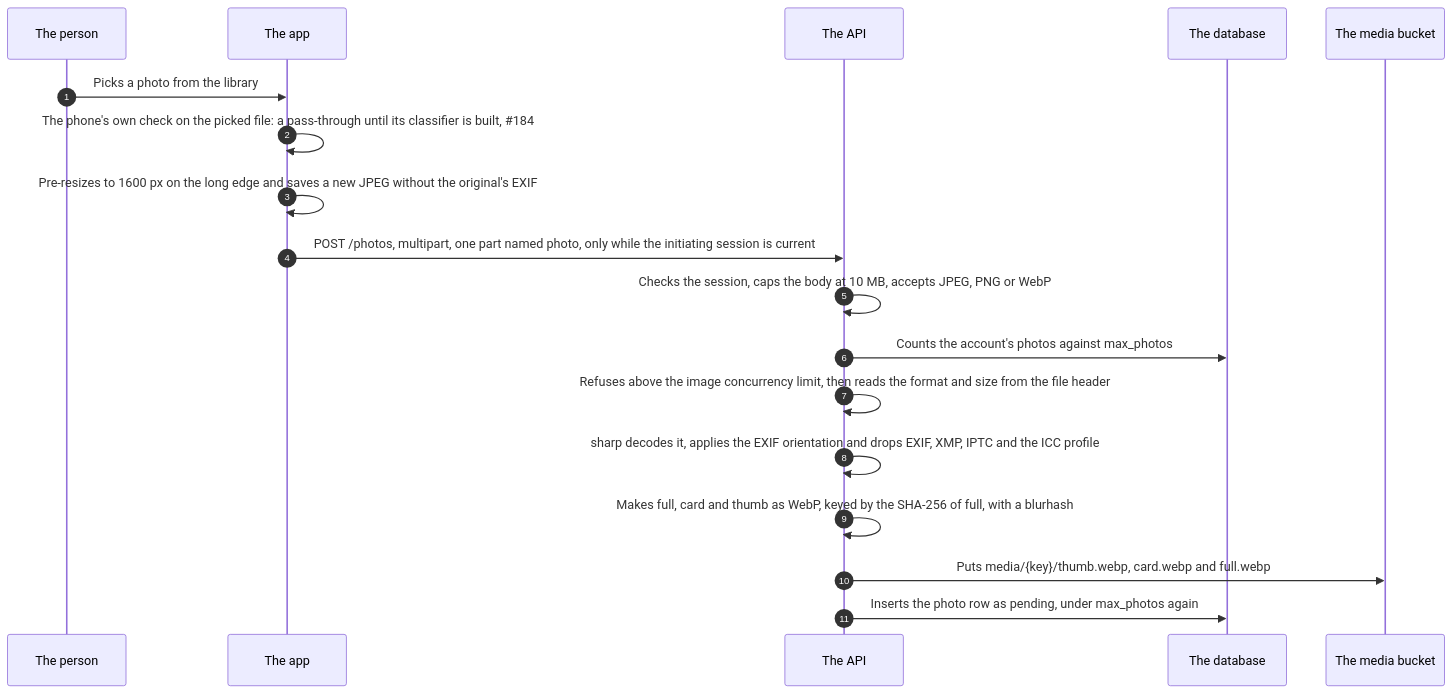
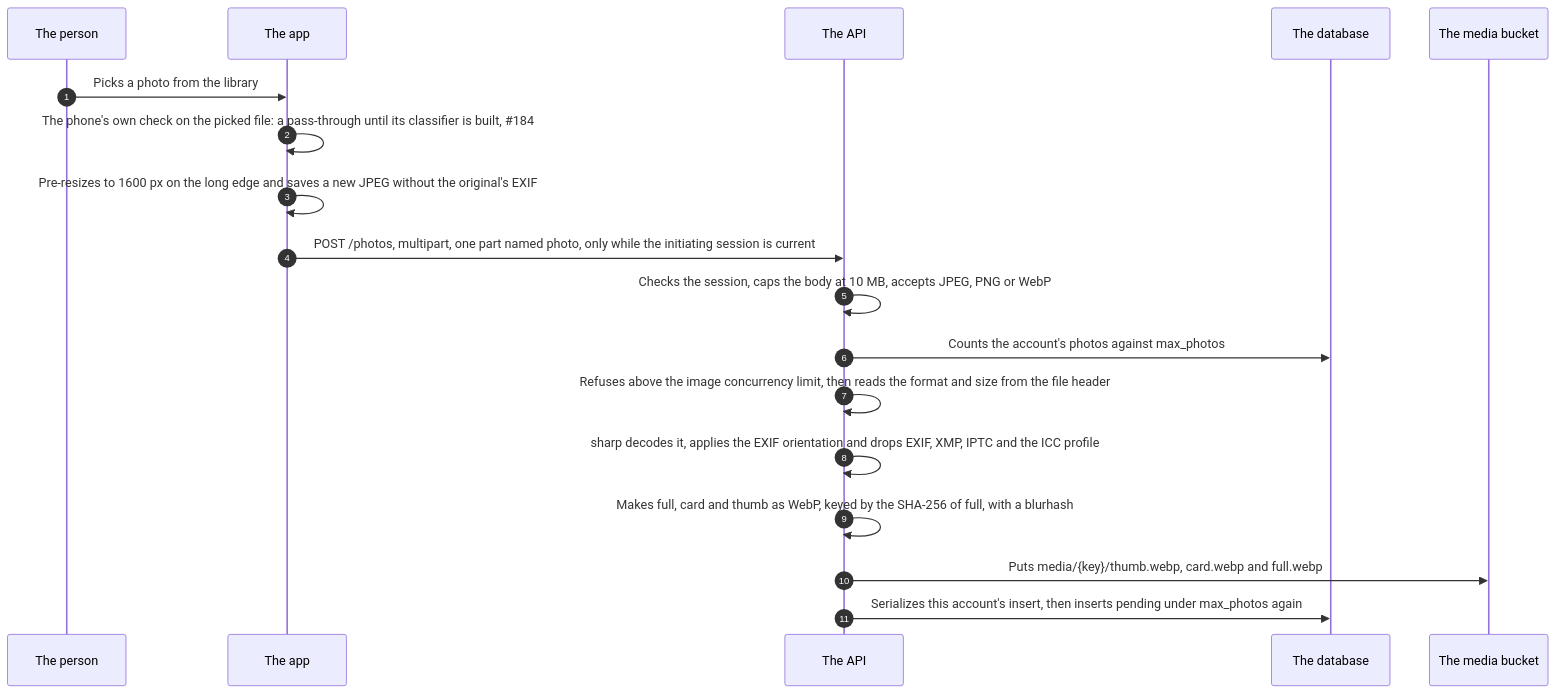
Before and after one commit to kuutti-ry/kuutti-app: the first of 3 diagrams in docs/architecture/sequence-upload.md, drawn with Mermaid. The commit also changed other lines of this file and 46 other files, not shown here.

````diff
--- a/docs/architecture/sequence-upload.md
+++ b/docs/architecture/sequence-upload.md
@@ -25,22 +25,22 @@
 ```mermaid
 sequenceDiagram
   accTitle: The photo upload, part 1: from the phone to the bucket
   accDescr: The person picks a photo. The app runs the phone's own check, which passes everything until its classifier is built, pre-resizes the picture and posts it to the API, never to the bucket. The API checks the session, the size and the type, counts the photos, reads the header, decodes with sharp, drops the metadata and makes three WebP variants. It puts the three objects in the media bucket and inserts the photo as pending. Nothing of the original is kept.
   autonumber
   participant person as The person
   participant app as The app
   participant api as The API
   participant db as The database
   participant s3 as The media bucket
   person->>app: Picks a photo from the library
   app->>app: The phone's own check on the picked file: a pass-through until its classifier is built, #35;184
   app->>app: Pre-resizes to 1600 px on the long edge and saves a new JPEG without the original's EXIF
   app->>api: POST /photos, multipart, one part named photo, only while the initiating session is current
   api->>api: Checks the session, caps the body at 10 MB, accepts JPEG, PNG or WebP
   api->>db: Counts the account's photos against max_photos
   api->>api: Refuses above the image concurrency limit, then reads the format and size from the file header
   api->>api: sharp decodes it, applies the EXIF orientation and drops EXIF, XMP, IPTC and the ICC profile
   api->>api: Makes full, card and thumb as WebP, keyed by the SHA-256 of full, with a blurhash
   api->>s3: Puts media/{key}/thumb.webp, card.webp and full.webp
-  api->>db: Inserts the photo row as pending, under max_photos again
+  api->>db: Serializes this account's insert, then inserts pending under max_photos again
 ```
````
